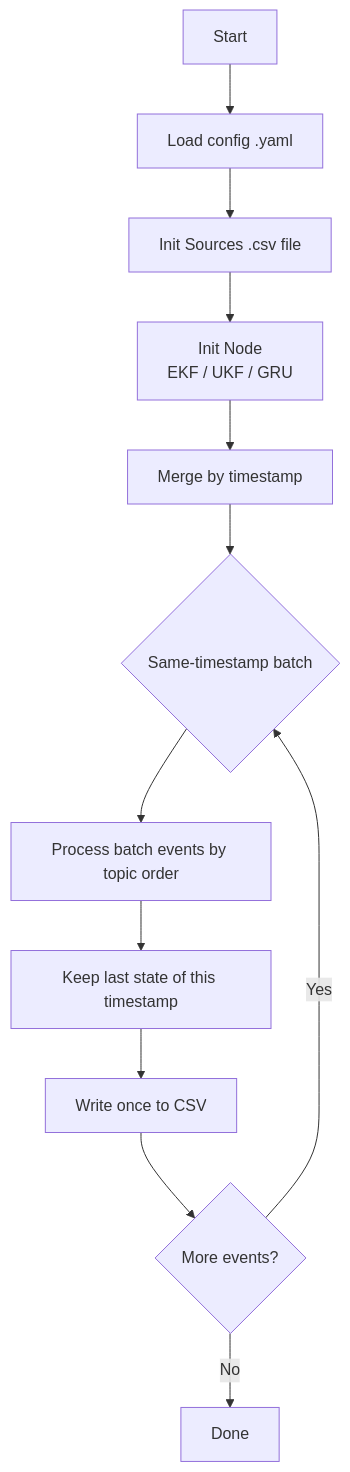
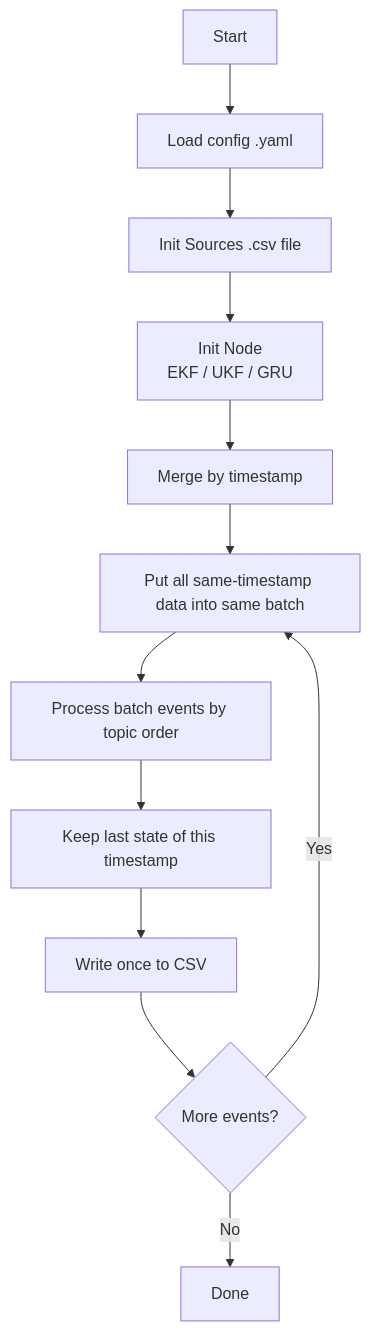
The diagram in README.md (txc215/masv-platform), drawn with Mermaid before and after one commit.

````diff
--- a/README.md
+++ b/README.md
@@ -134,15 +134,15 @@
 ```mermaid
 flowchart TD
   A[Start] --> B[Load config .yaml]
   B --> C[Init Sources .csv file]
   C --> D[Init Node <br/>EKF / UKF / GRU]
   D --> E[Merge by timestamp]
-  E --> F{Same-timestamp batch}
+  E --> F[Put all same-timestamp data into same batch]
   F --> G[Process batch events by topic order]
   G --> H[Keep last state of this timestamp]
   H --> I[Write once to CSV]
   I --> J{More events?}
   J --> |Yes| F
   J -->|No| K[Done]
 
 ```
````
